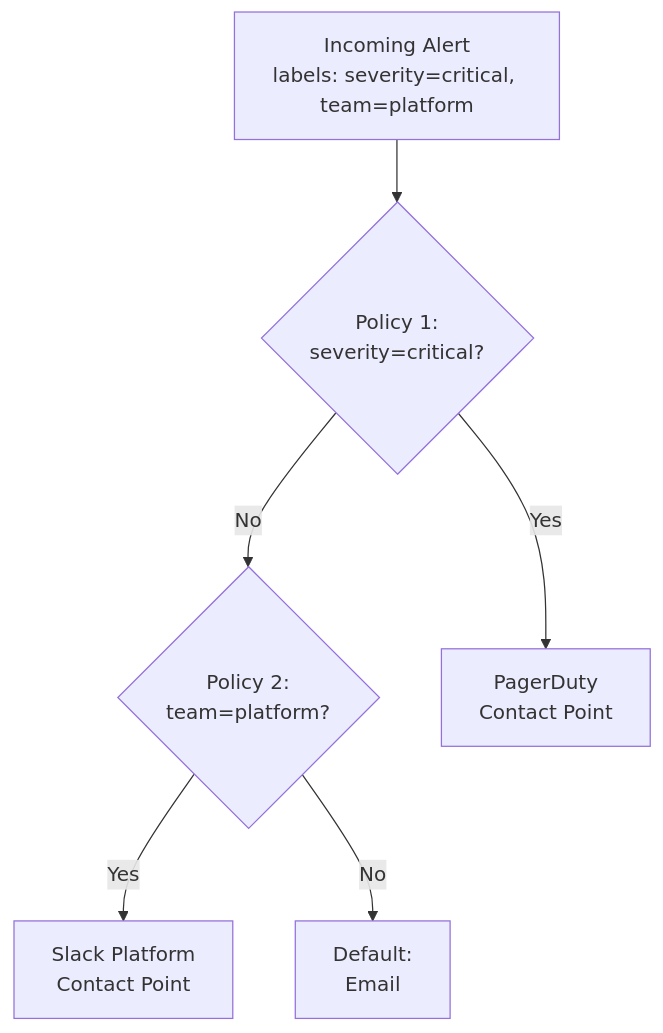
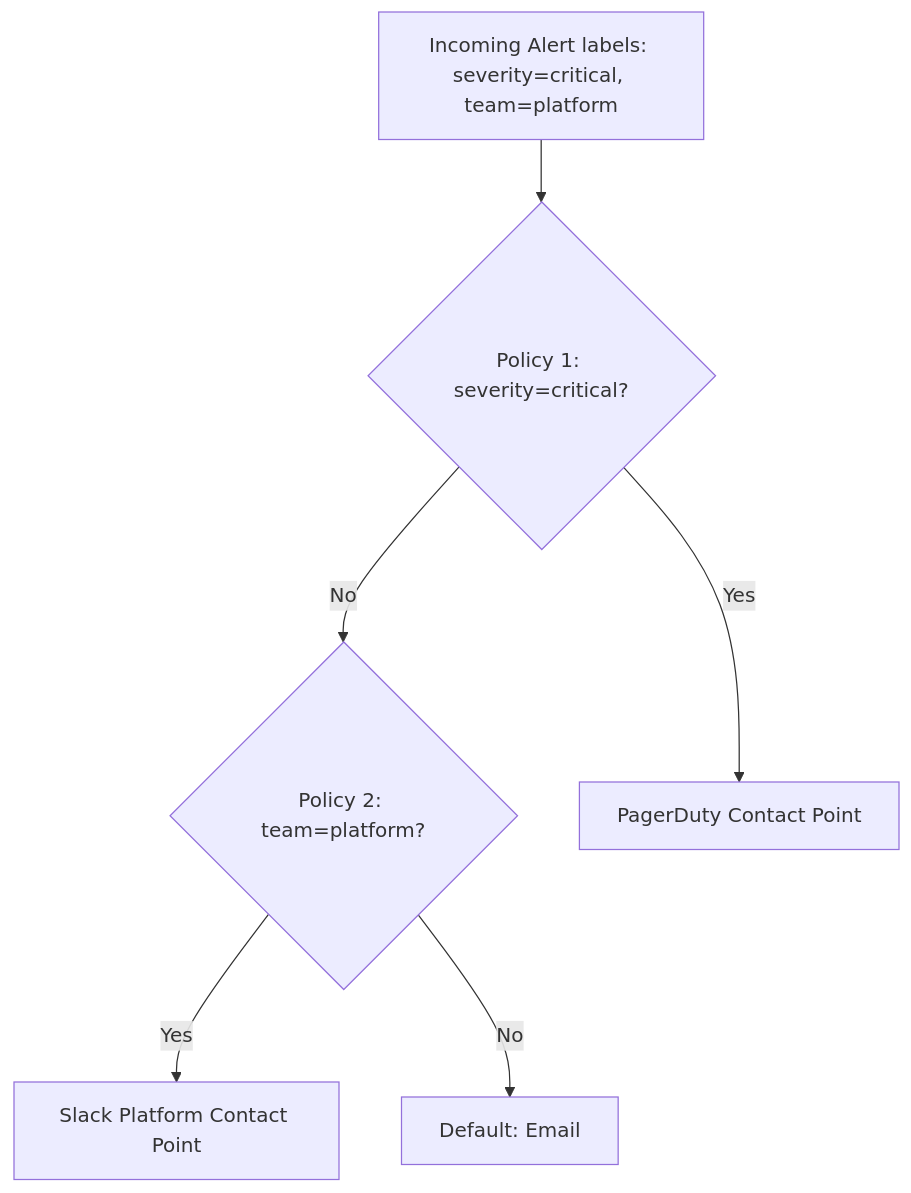
Before and after one commit to xscaler/training: the second of 2 diagrams in docs/session-6/alerting.md, drawn with Mermaid. The commit also changed other lines of this file and 38 other files, not shown here.

First line of the commit message:
Remove internal content, fix Mermaid diagrams, and rewrite labs as customer-facing exercises

````diff
--- a/docs/session-6/alerting.md
+++ b/docs/session-6/alerting.md
@@ -224,15 +224,15 @@
 ```mermaid
 graph TD
-    ALERT[Incoming Alert\nlabels: severity=critical, team=platform]
-    P1{Policy 1:\nseverity=critical?}
-    P2{Policy 2:\nteam=platform?}
-    CP1[PagerDuty\nContact Point]
-    CP2[Slack Platform\nContact Point]
-    DEF[Default:\nEmail]
+    ALERT[Incoming Alert labels: severity=critical, team=platform]
+    P1{Policy 1: severity=critical?}
+    P2{Policy 2: team=platform?}
+    CP1[PagerDuty Contact Point]
+    CP2[Slack Platform Contact Point]
+    DEF[Default: Email]
 
     ALERT --> P1
     P1 -->|Yes| CP1
     P1 -->|No| P2
     P2 -->|Yes| CP2
     P2 -->|No| DEF
 ```
````
